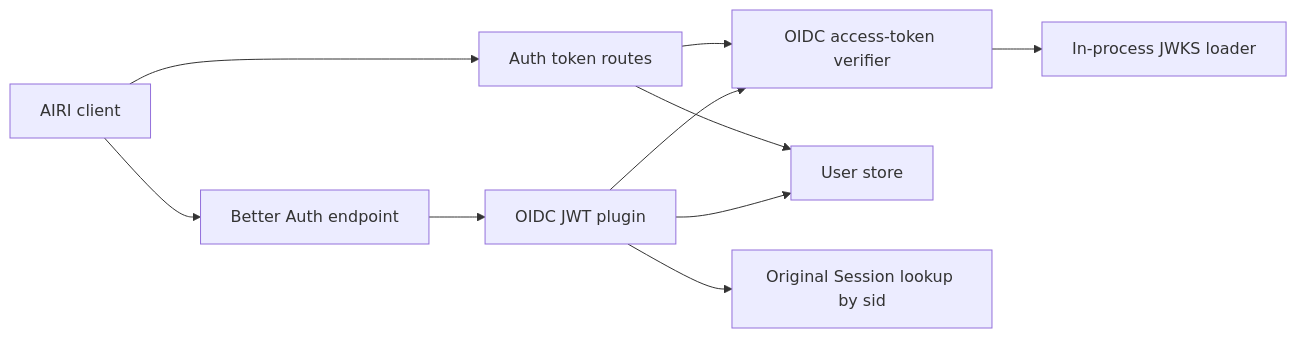
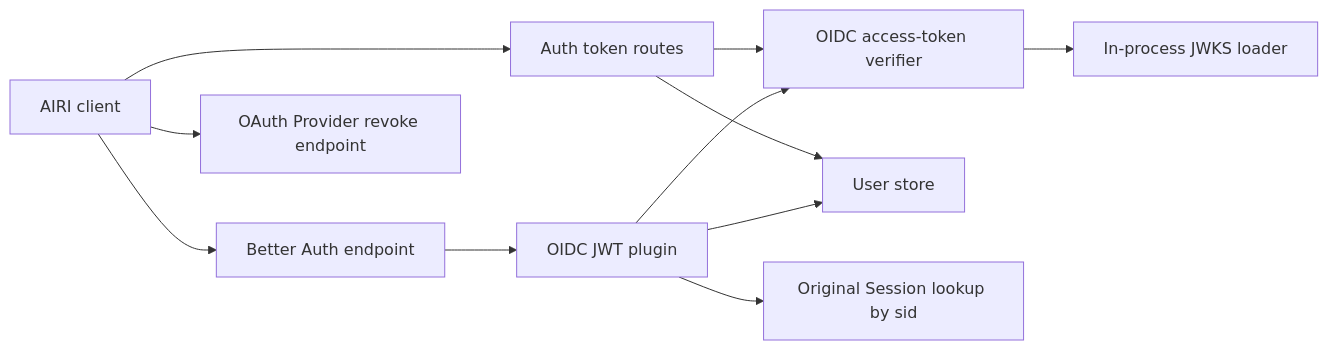
Before and after one commit to moeru-ai/airi: the second of 3 diagrams in server/docs/ai/adr/2026-09-20-oidc-jwt-session-boundary.md, drawn with Mermaid. The commit also changed other lines of this file and 6 other files, not shown here.

````diff
--- a/server/docs/ai/adr/2026-09-20-oidc-jwt-session-boundary.md
+++ b/server/docs/ai/adr/2026-09-20-oidc-jwt-session-boundary.md
@@ -72,12 +118,13 @@
 ```mermaid
 flowchart LR
   Client[AIRI client] --> Routes[Auth token routes]
   Client --> BetterAuth[Better Auth endpoint]
   Routes --> Verifier[OIDC access-token verifier]
   BetterAuth --> Plugin[OIDC JWT plugin]
   Plugin --> Verifier
   Verifier --> JWKS[In-process JWKS loader]
+  Client --> Revoke[OAuth Provider revoke endpoint]
   Routes --> User[User store]
   Plugin --> User
   Plugin --> Session[Original Session lookup by sid]
 ```
````
